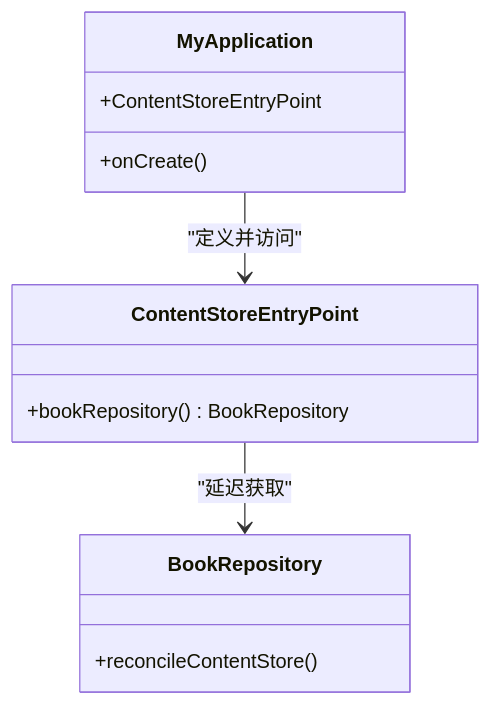
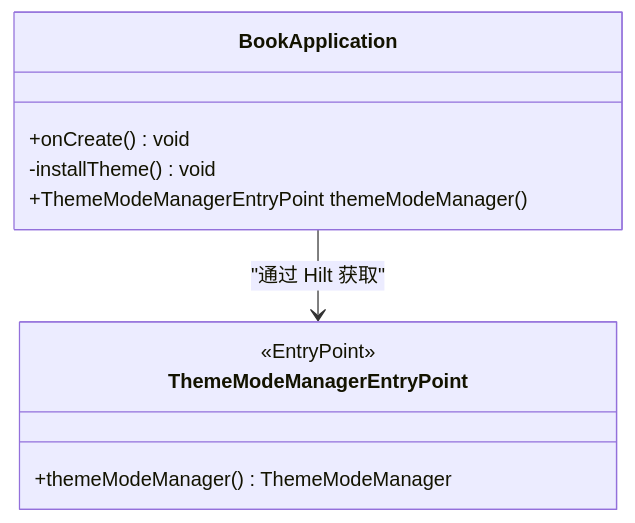
One commit to xrn1997/android-ebook changed the fourth of 11 diagrams in .qoder/repowiki/zh/content/核心模块/应用入口模块 (module_app).md. Above: the diagram before and after it, drawn with Mermaid. The commit also changed other lines of this file and 456 other files, not shown here.

````diff
--- a/.qoder/repowiki/zh/content/核心模块/应用入口模块 (module_app).md
+++ b/.qoder/repowiki/zh/content/核心模块/应用入口模块 (module_app).md
@@ -138,15 +170,13 @@
 ```mermaid
 classDiagram
-    class MyApplication {
-        +onCreate()
-        +ContentStoreEntryPoint
+    class BookApplication {
+        +onCreate() void
+        -installTheme() void
+        +ThemeModeManagerEntryPoint themeModeManager()
     }
-    class ContentStoreEntryPoint {
-        +bookRepository() BookRepository
+    class ThemeModeManagerEntryPoint {
+        <<EntryPoint>>
+        +themeModeManager() ThemeModeManager
     }
-    class BookRepository {
-        +reconcileContentStore()
-    }
-    MyApplication --> ContentStoreEntryPoint : "定义并访问"
-    ContentStoreEntryPoint --> BookRepository : "延迟获取"
+    BookApplication --> ThemeModeManagerEntryPoint : "通过 Hilt 获取"
 ```
````
